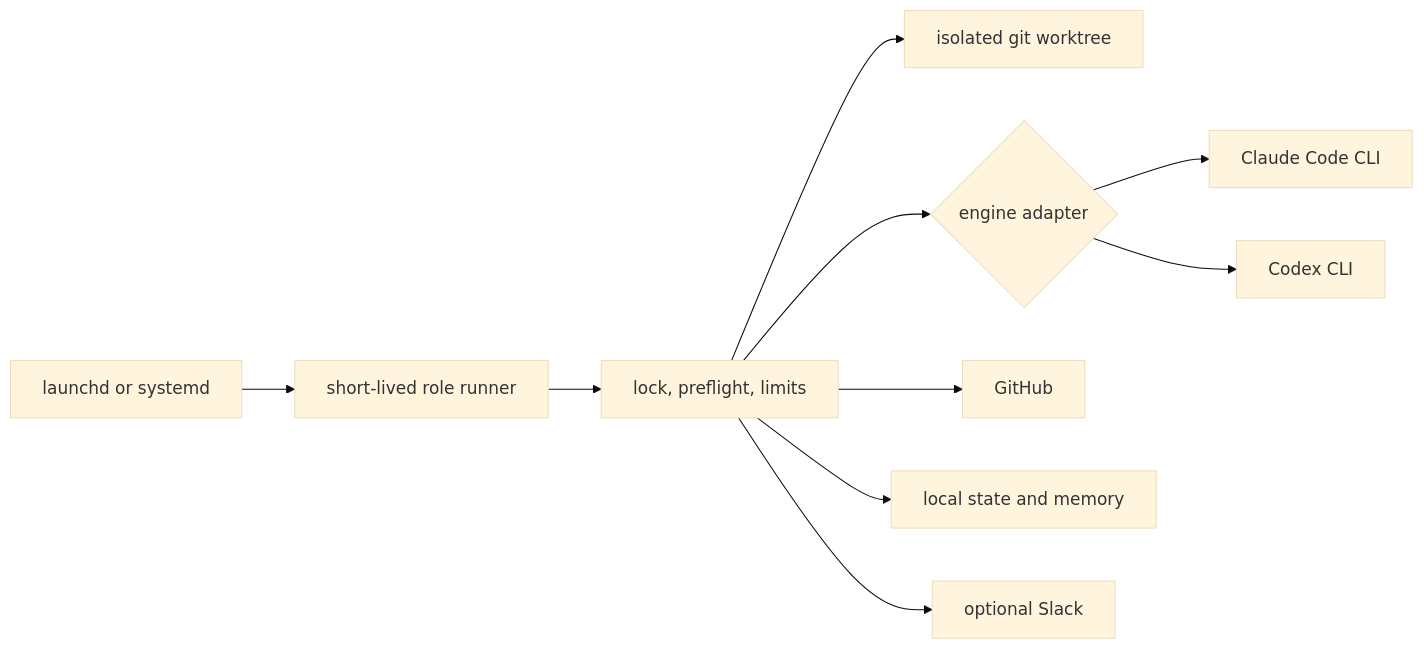
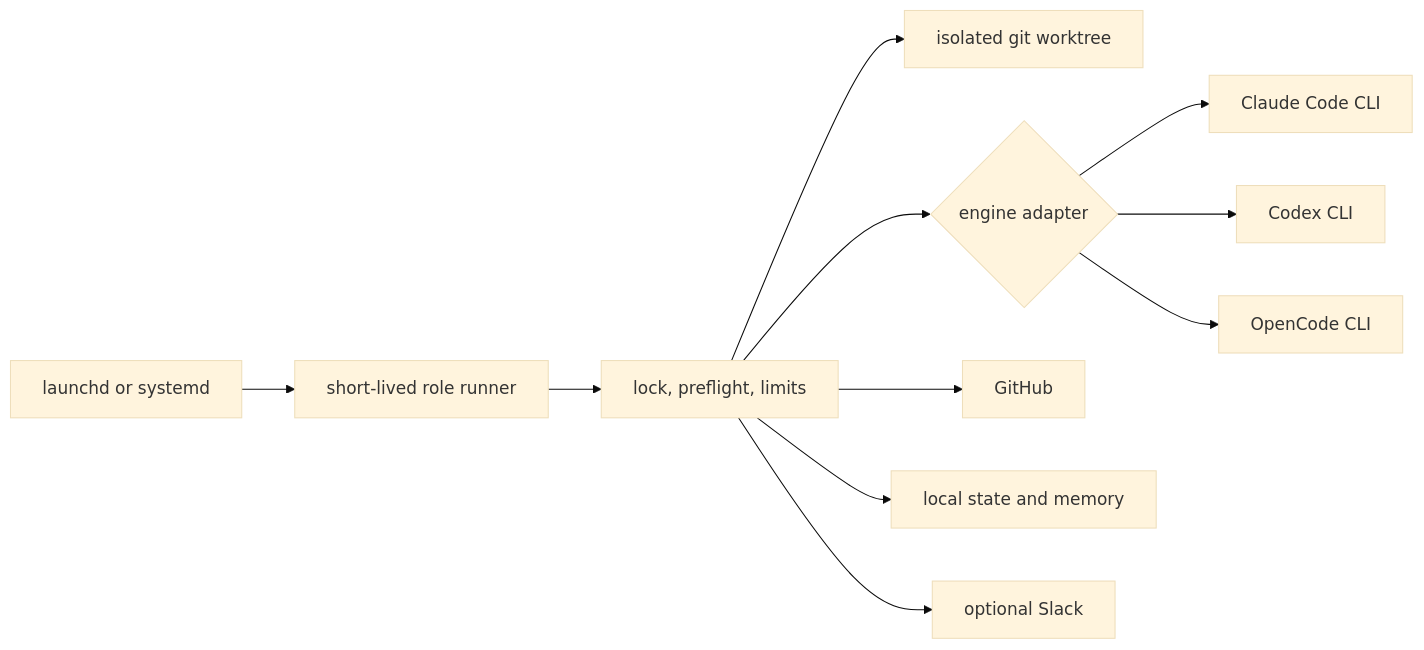
Before and after one commit to luminik-io/alfred: the second of 2 diagrams in README.md, drawn with Mermaid (base theme). The commit also changed other lines of this file and 97 other files, not shown here.

First line of the commit message:
feat: add OpenCode as an explicit engine (#665)

````diff
--- a/README.md
+++ b/README.md
@@ -247,12 +246,13 @@
 ```mermaid
 flowchart LR
     scheduler["launchd or systemd"] --> role["short-lived role runner"]
     role --> controls["lock, preflight, limits"]
     controls --> worktree["isolated git worktree"]
     controls --> engine{"engine adapter"}
     engine --> claude["Claude Code CLI"]
     engine --> codex["Codex CLI"]
+    engine --> opencode["OpenCode CLI"]
     controls --> github["GitHub"]
     controls --> state["local state and memory"]
     controls --> slack["optional Slack"]
 ```
````
